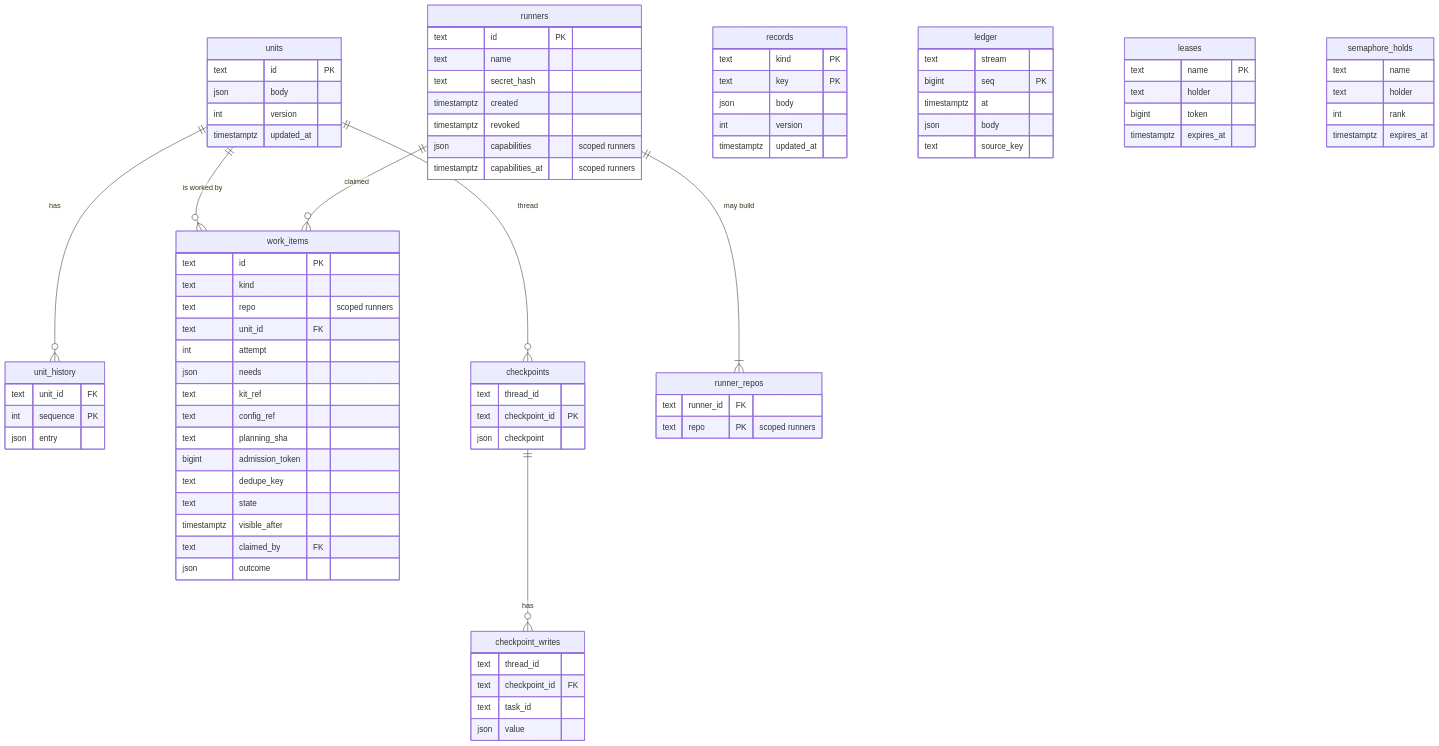
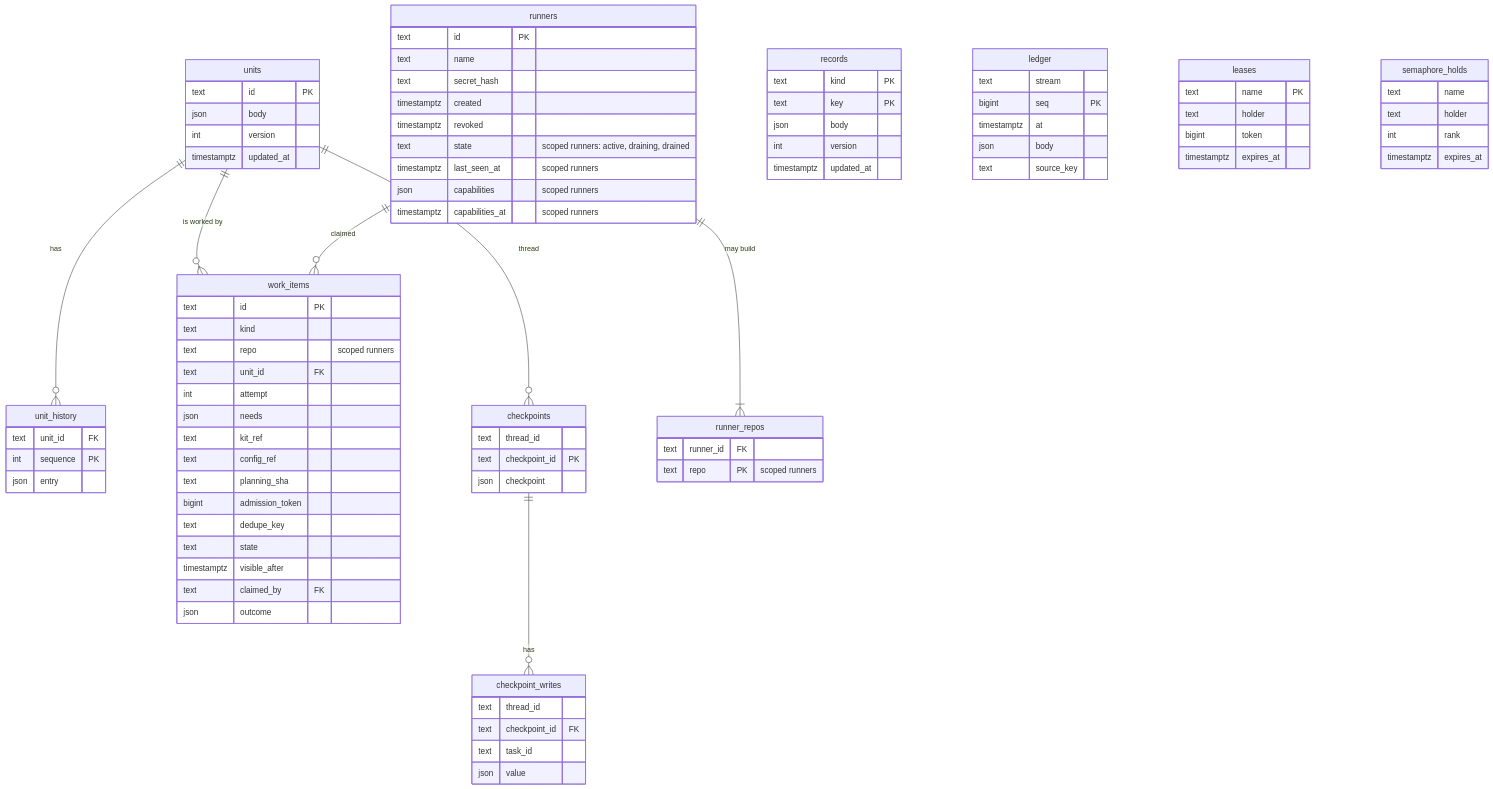
One commit to bwmatson/agent-build-kit changed the diagram in docs/designs/orchestration.md. Above: the diagram before and after it, drawn with Mermaid. The commit also changed other lines of this file and 1 other file, not shown here.

First line of the commit message:
docs: draining runners, lost runners and the work-in-progress ref

```diff
--- a/docs/designs/orchestration.md
+++ b/docs/designs/orchestration.md
@@ -401,6 +425,8 @@
         text secret_hash
         timestamptz created
         timestamptz revoked
+        text state "scoped runners: active, draining, drained"
+        timestamptz last_seen_at "scoped runners"
         json capabilities "scoped runners"
         timestamptz capabilities_at "scoped runners"
     }
```
